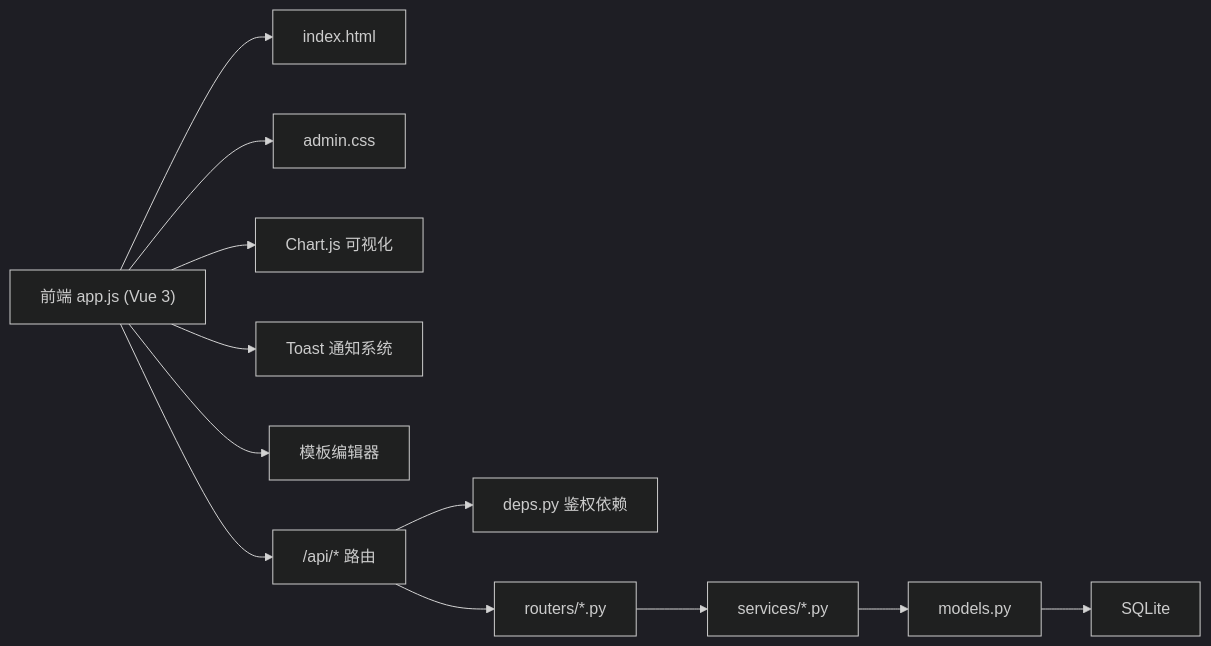
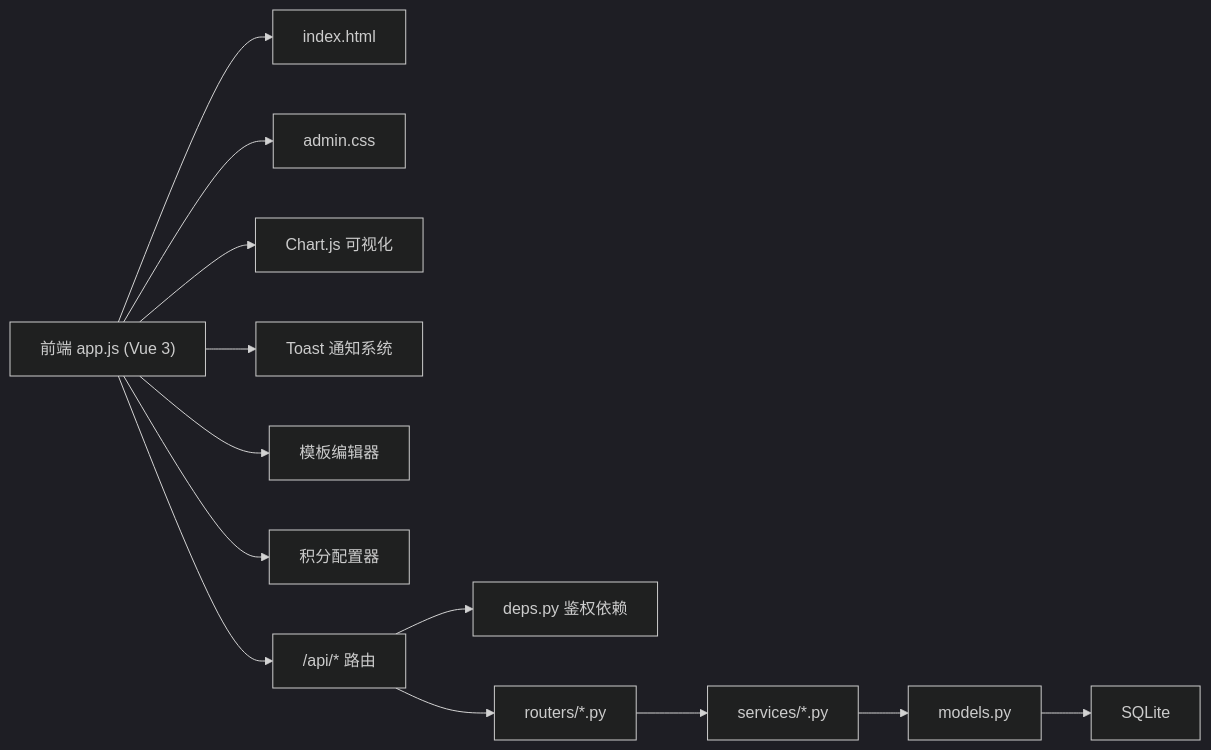
One commit to onebody/homework changed diagram 13 of 13 in .qoder/repowiki/zh/content/暑假作业打卡系统/前端应用设计/管理后台应用.md. Above: the diagram before and after it, drawn with Mermaid (dark theme). The commit also changed other lines of this file and 16 other files, not shown here.

````diff
--- a/.qoder/repowiki/zh/content/暑假作业打卡系统/前端应用设计/管理后台应用.md
+++ b/.qoder/repowiki/zh/content/暑假作业打卡系统/前端应用设计/管理后台应用.md
@@ -826,14 +882,15 @@
 ```mermaid
 graph LR
 FE["前端 app.js (Vue 3)"] --> HTML["index.html"]
 FE --> CSS["admin.css"]
 FE --> Chart["Chart.js 可视化"]
 FE --> Toast["Toast 通知系统"]
 FE --> Template["模板编辑器"]
+FE --> PointsConfig["积分配置器"]
 FE --> API["/api/* 路由"]
 API --> DEPS["deps.py 鉴权依赖"]
 API --> ROUTERS["routers/*.py"]
 ROUTERS --> SERVICES["services/*.py"]
 SERVICES --> MODELS["models.py"]
 MODELS --> DB["SQLite"]
 ```
````
